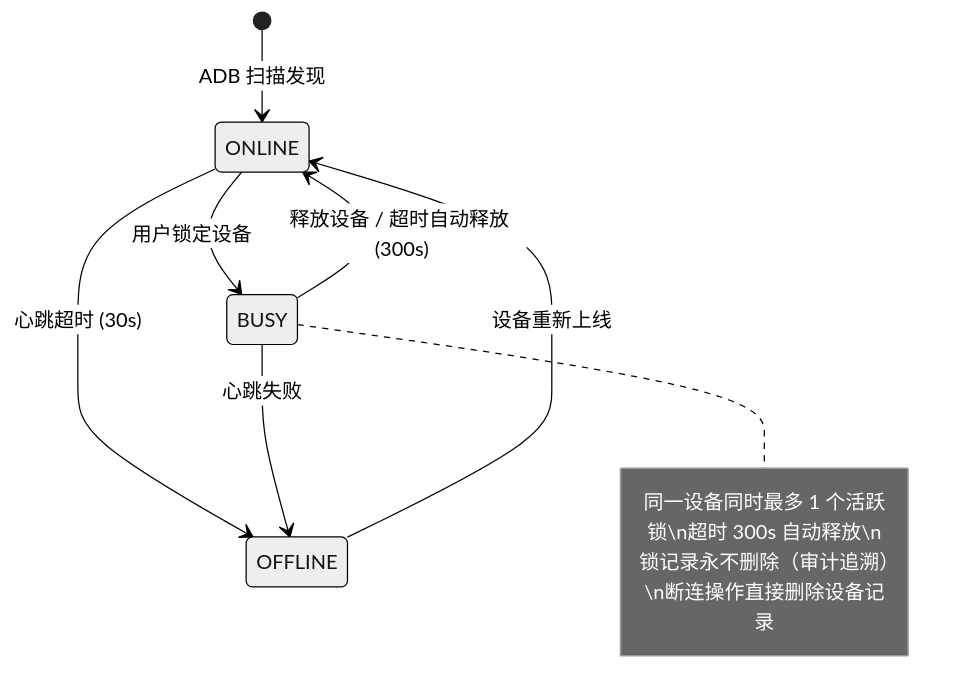
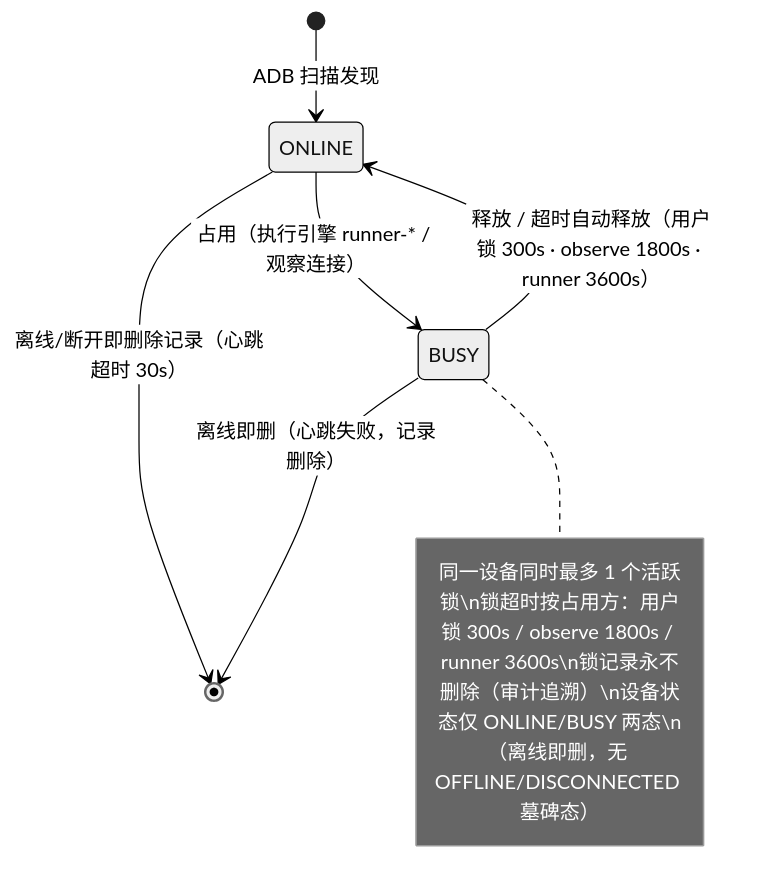
Before and after one commit to Kahoku-lazy/Android-AutoTests: the second of 4 diagrams in dev_docs/02-PRD需求/需求大纲.md, drawn with Mermaid (neutral theme). The commit also changed other lines of this file and 53 other files, not shown here.

````diff
--- a/dev_docs/02-PRD需求/需求大纲.md
+++ b/dev_docs/02-PRD需求/需求大纲.md
@@ -142,13 +138,12 @@
 ```mermaid
 stateDiagram-v2
     [*] --> ONLINE: ADB 扫描发现
-    OFFLINE --> ONLINE: 设备重新上线
 
-    ONLINE --> BUSY: 用户锁定设备
-    ONLINE --> OFFLINE: 心跳超时 (30s)
+    ONLINE --> BUSY: 占用（执行引擎 runner-* / 观察连接）
+    BUSY --> ONLINE: 释放 / 超时自动释放（用户锁 300s · observe 1800s · runner 3600s）
 
-    BUSY --> ONLINE: 释放设备 / 超时自动释放 (300s)
-    BUSY --> OFFLINE: 心跳失败
+    ONLINE --> [*]: 离线/断开即删除记录（心跳超时 30s）
+    BUSY --> [*]: 离线即删（心跳失败，记录删除）
 
-    note right of BUSY: 同一设备同时最多 1 个活跃锁\n超时 300s 自动释放\n锁记录永不删除（审计追溯）\n断连操作直接删除设备记录
+    note right of BUSY: 同一设备同时最多 1 个活跃锁\n锁超时按占用方：用户锁 300s / observe 1800s / runner 3600s\n锁记录永不删除（审计追溯）\n设备状态仅 ONLINE/BUSY 两态\n（离线即删，无 OFFLINE/DISCONNECTED 墓碑态）
 ```
````
